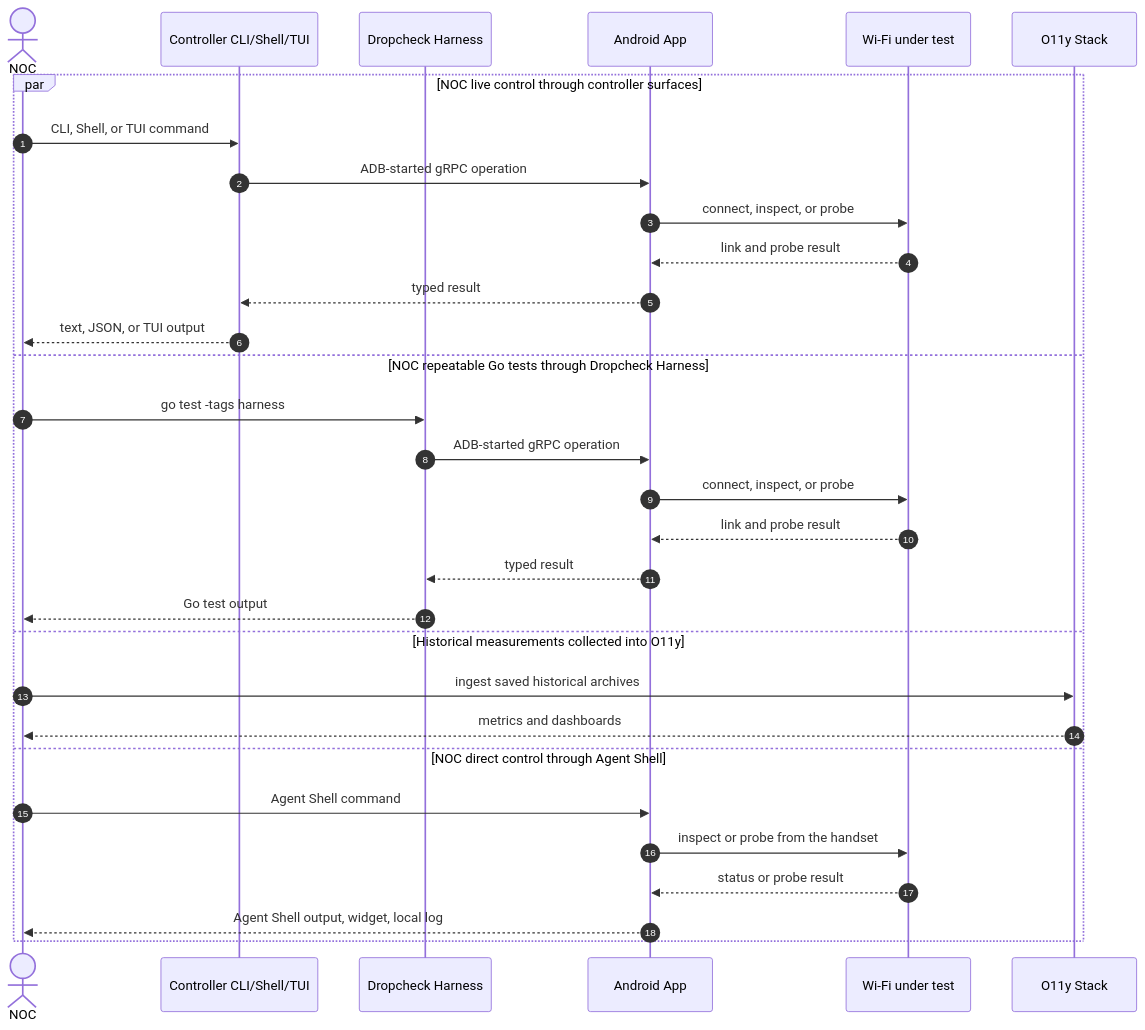
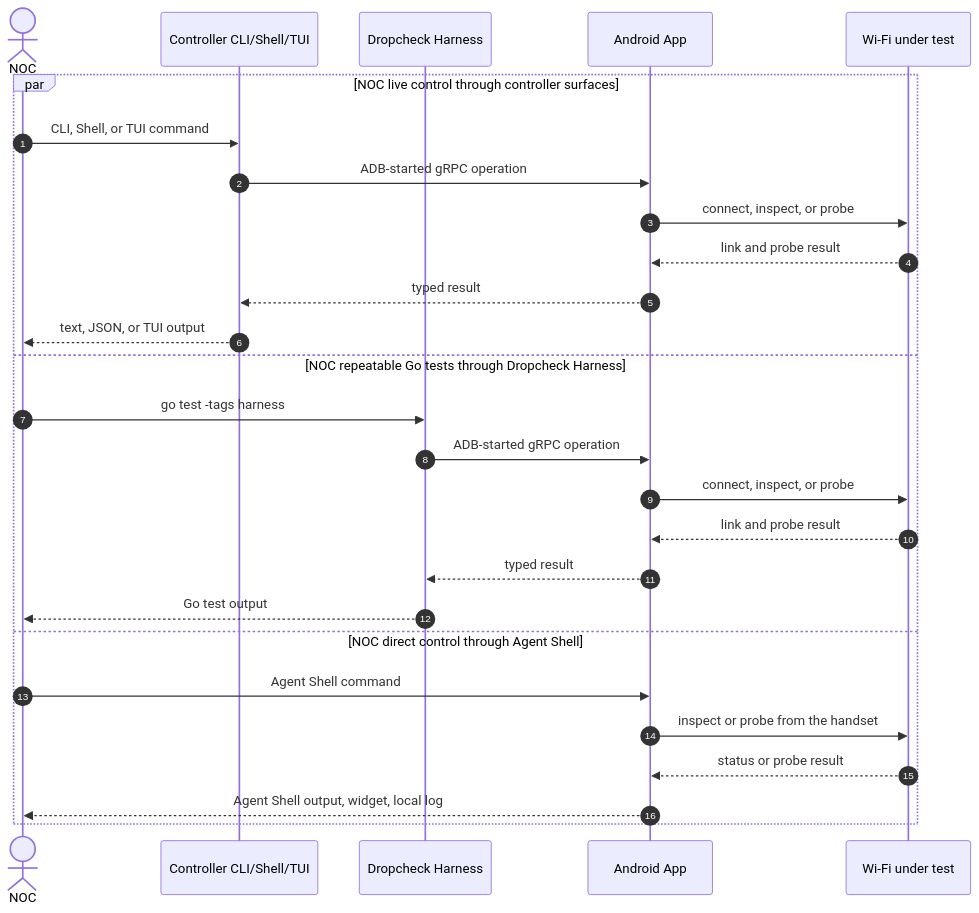
One commit to mi2428/dropcheck-agent changed the diagram in README.md. Above: the diagram before and after it, drawn with Mermaid. The commit also changed other lines of this file and 45 other files, not shown here.

````diff
--- a/README.md
+++ b/README.md
@@ -14,34 +14,30 @@
 ```mermaid
 sequenceDiagram
   autonumber
   actor NOC as NOC
   participant Controller as Controller CLI/Shell/TUI
   participant Harness as Dropcheck Harness
   participant App as Android App
   participant WiFi as Wi-Fi under test
-  participant O11y as O11y Stack
 
   par NOC live control through controller surfaces
     NOC->>Controller: CLI, Shell, or TUI command
     Controller->>App: ADB-started gRPC operation
     App->>WiFi: connect, inspect, or probe
     WiFi-->>App: link and probe result
     App-->>Controller: typed result
     Controller-->>NOC: text, JSON, or TUI output
   and NOC repeatable Go tests through Dropcheck Harness
     NOC->>Harness: go test -tags harness
     Harness->>App: ADB-started gRPC operation
     App->>WiFi: connect, inspect, or probe
     WiFi-->>App: link and probe result
     App-->>Harness: typed result
     Harness-->>NOC: Go test output
-   and Historical measurements collected into O11y
-    NOC->>O11y: ingest saved historical archives
-    O11y-->>NOC: metrics and dashboards
   and NOC direct control through Agent Shell
     NOC->>App: Agent Shell command
     App->>WiFi: inspect or probe from the handset
     WiFi-->>App: status or probe result
     App-->>NOC: Agent Shell output, widget, local log
   end
 ```
````
